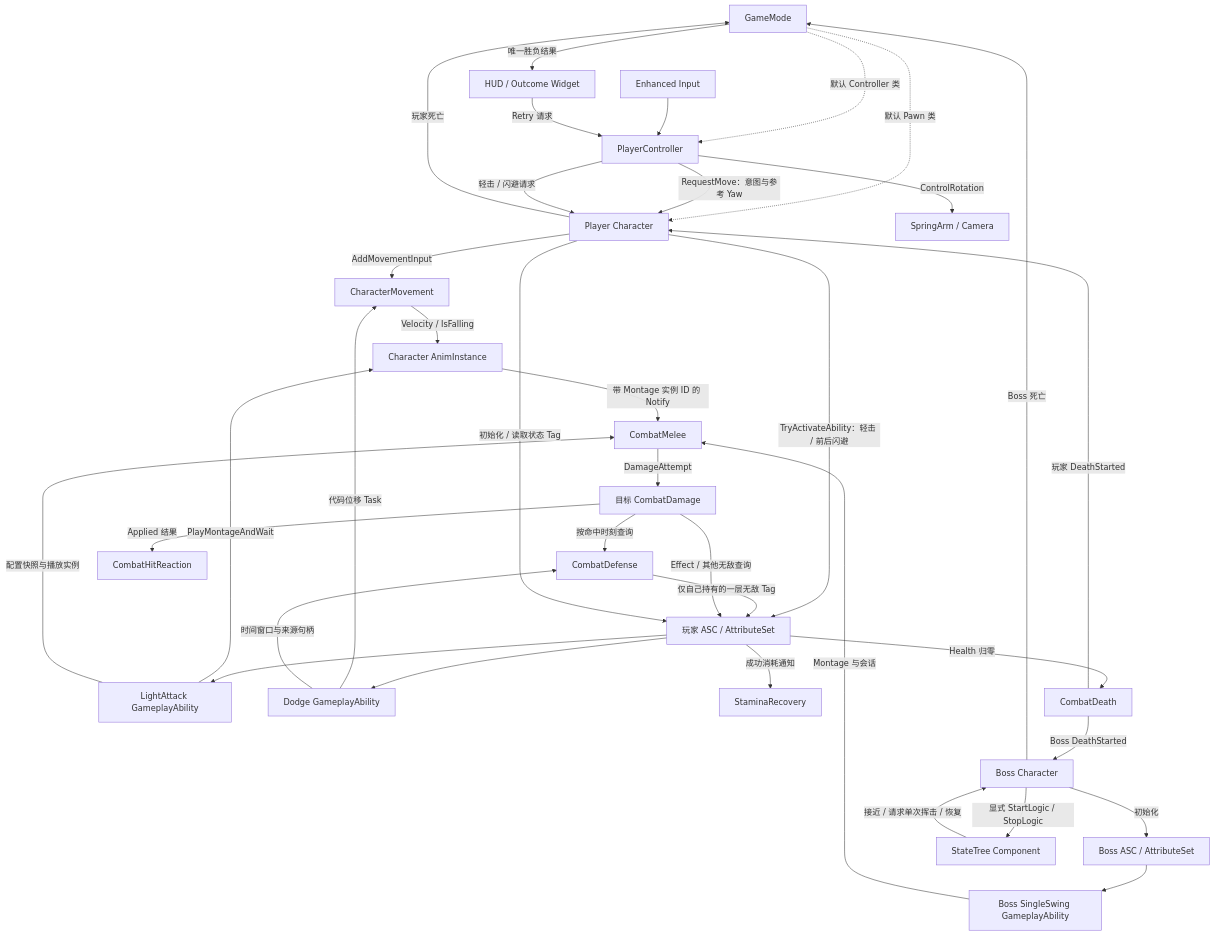
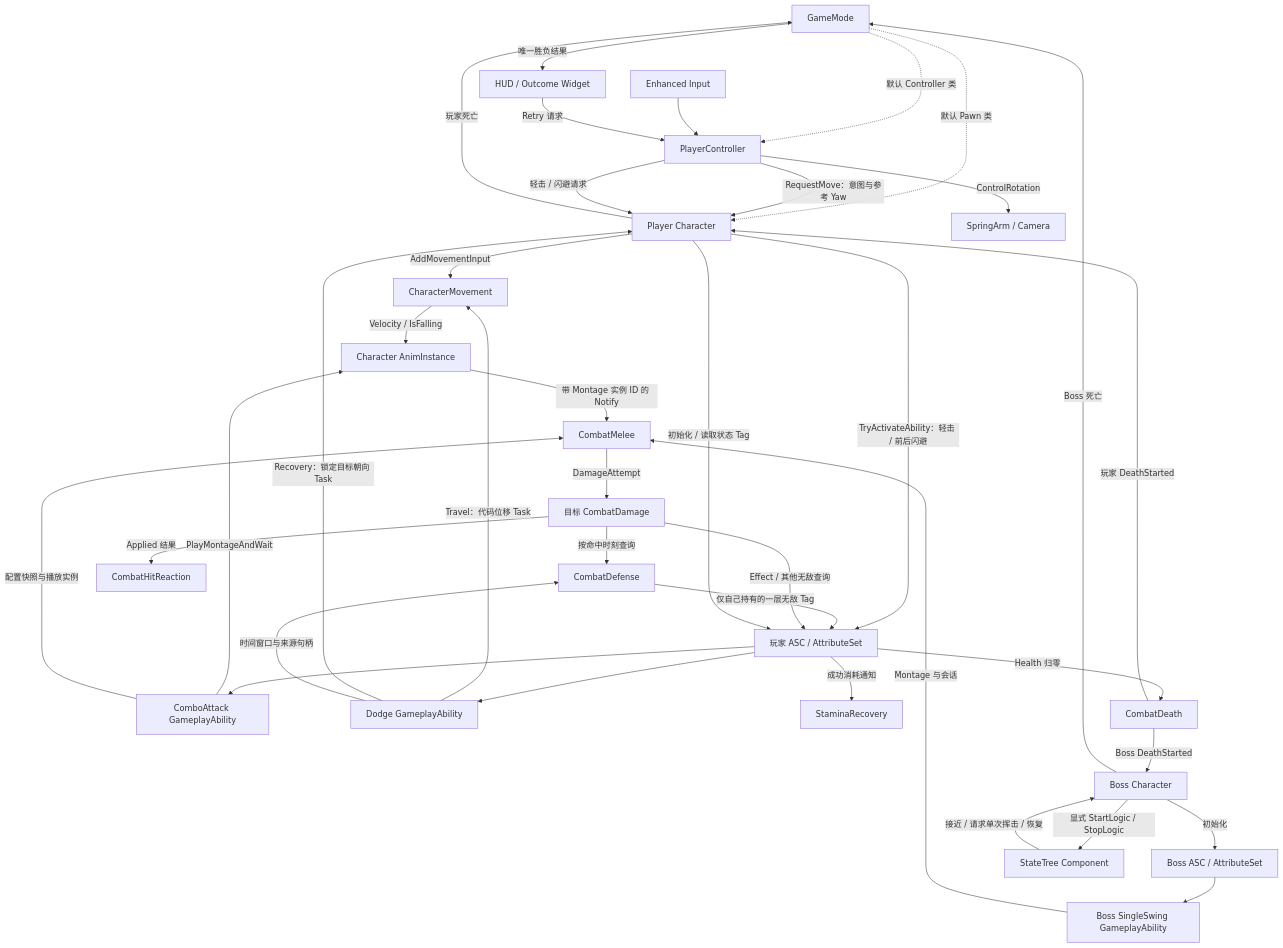
Before and after one commit to Ethan-Lian/AshenOath: the diagram in docs/architecture.md, drawn with Mermaid. The commit also changed other lines of this file and 47 other files, not shown here.

````diff
--- a/docs/architecture.md
+++ b/docs/architecture.md
@@ -9,38 +9,39 @@
 ```mermaid
 flowchart TD
     GM[GameMode] -.->|默认 Controller 类| PC[PlayerController]
     GM -.->|默认 Pawn 类| P[Player Character]
     EI[Enhanced Input] --> PC
     PC -->|RequestMove：意图与参考 Yaw| P
     PC -->|轻击 / 闪避请求| P
     P -->|AddMovementInput| CM[CharacterMovement]
     P -->|TryActivateAbility：轻击 / 前后闪避| GAS[玩家 ASC / AttributeSet]
-    GAS --> ATTACK[LightAttack GameplayAbility]
+    GAS --> ATTACK[ComboAttack GameplayAbility]
     GAS --> DODGE[Dodge GameplayAbility]
     ATTACK -->|PlayMontageAndWait| AN[Character AnimInstance]
     ATTACK -->|配置快照与播放实例| MELEE[CombatMelee]
     AN -->|带 Montage 实例 ID 的 Notify| MELEE
-    DODGE -->|代码位移 Task| CM
+    DODGE -->|Travel：代码位移 Task| CM
+    DODGE -->|Recovery：锁定目标朝向 Task| P
     DODGE -->|时间窗口与来源句柄| DEFENSE[CombatDefense]
     DEFENSE -->|仅自己持有的一层无敌 Tag| GAS
     GAS -->|成功消耗通知| RECOVERY[StaminaRecovery]
     MELEE -->|DamageAttempt| DAMAGE[目标 CombatDamage]
     DAMAGE -->|按命中时刻查询| DEFENSE
     DAMAGE -->|Effect / 其他无敌查询| GAS
     DAMAGE -->|Applied 结果| REACTION[CombatHitReaction]
     GAS -->|Health 归零| DEATH[CombatDeath]
     DEATH -->|玩家 DeathStarted| P
     DEATH -->|Boss DeathStarted| B
     P -->|玩家死亡| GM
     B -->|Boss 死亡| GM
     GM -->|唯一胜负结果| HUD[HUD / Outcome Widget]
     HUD -->|Retry 请求| PC
     PC -->|ControlRotation| CAM[SpringArm / Camera]
     CM -->|Velocity / IsFalling| AN
     P -->|初始化 / 读取状态 Tag| GAS
     B[Boss Character] -->|初始化| BGAS[Boss ASC / AttributeSet]
     B -->|显式 StartLogic / StopLogic| ST[StateTree Component]
     ST -->|接近 / 请求单次挥击 / 恢复| B
     BGAS --> BATTACK[Boss SingleSwing GameplayAbility]
     BATTACK -->|Montage 与会话| MELEE
 ```
````
